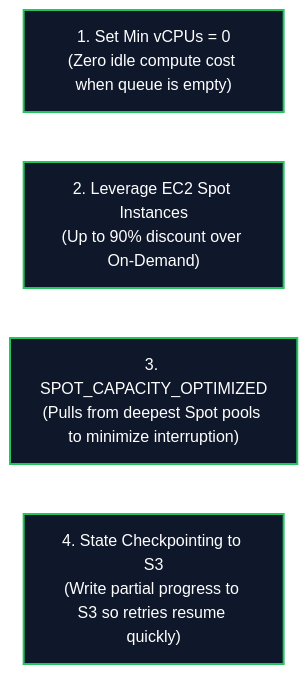
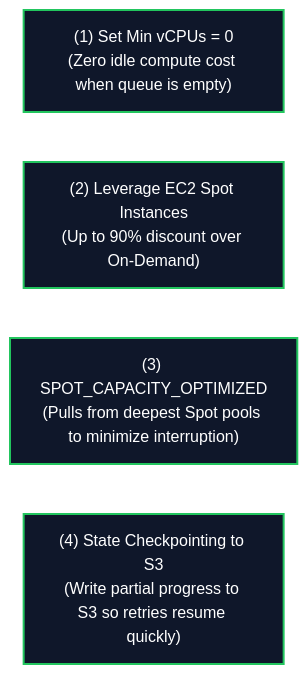
Before and after one commit to Wathon/aws-dea-c01-note: the fifth of 5 diagrams in content/02-services/compute-containers/batch.md, drawn with Mermaid. The commit also changed other lines of this file and 19 other files, not shown here.

Commit message:
fix(mermaid): resolve 'Unsupported markdown: list' rendering issues across all diagram node and edge labels

````diff
--- a/content/02-services/compute-containers/batch.md
+++ b/content/02-services/compute-containers/batch.md
@@ -200,10 +200,10 @@
 ```mermaid
 graph LR
-    Strategy1["1. Set Min vCPUs = 0<br/>(Zero idle compute cost when queue is empty)"]
-    Strategy2["2. Leverage EC2 Spot Instances<br/>(Up to 90% discount over On-Demand)"]
-    Strategy3["3. SPOT_CAPACITY_OPTIMIZED<br/>(Pulls from deepest Spot pools to minimize interruption)"]
-    Strategy4["4. State Checkpointing to S3<br/>(Write partial progress to S3 so retries resume quickly)"]
+    Strategy1["(1) Set Min vCPUs = 0<br/>(Zero idle compute cost when queue is empty)"]
+    Strategy2["(2) Leverage EC2 Spot Instances<br/>(Up to 90% discount over On-Demand)"]
+    Strategy3["(3) SPOT_CAPACITY_OPTIMIZED<br/>(Pulls from deepest Spot pools to minimize interruption)"]
+    Strategy4["(4) State Checkpointing to S3<br/>(Write partial progress to S3 so retries resume quickly)"]
 
     classDef opt fill:#0f172a,stroke:#22c55e,stroke-width:2px,color:#fff;
     class Strategy1,Strategy2,Strategy3,Strategy4 opt;
 ```
````
